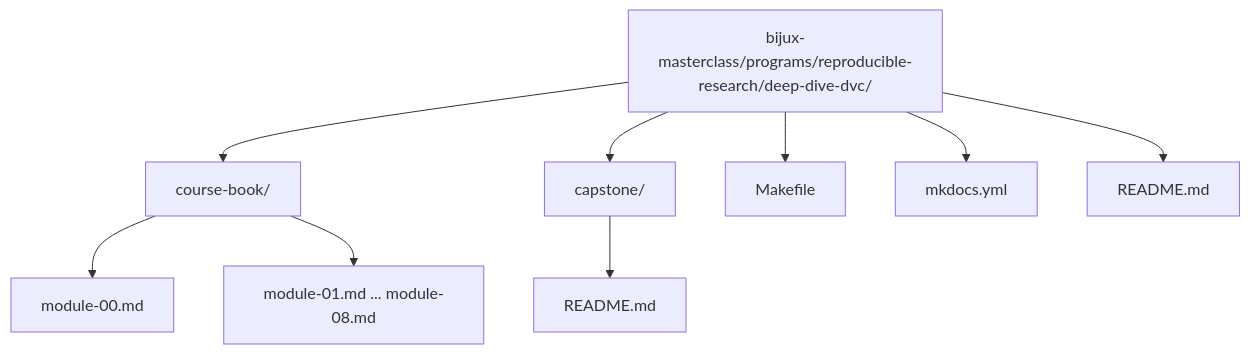
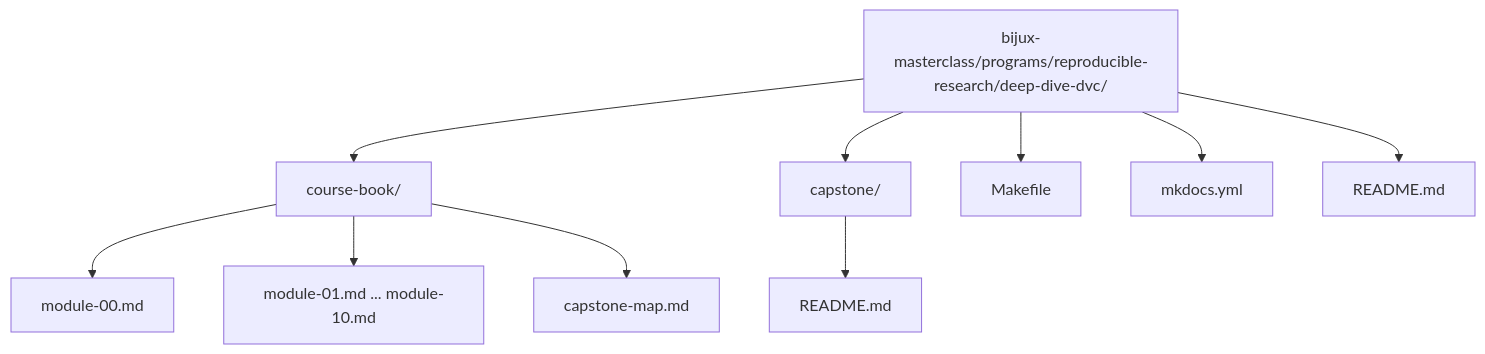
One commit to bijux/bijux-masterclass changed the diagram in programs/reproducible-research/deep-dive-dvc/course-book/index.md. Above: the diagram before and after it, drawn with Mermaid. The commit also changed other lines of this file and 4 other files, not shown here.

Commit message:
docs(course-book): add a guided capstone map for deep dive dvc

````diff
--- a/programs/reproducible-research/deep-dive-dvc/course-book/index.md
+++ b/programs/reproducible-research/deep-dive-dvc/course-book/index.md
@@ -71,12 +72,13 @@
 ```mermaid
 graph TD
   root["bijux-masterclass/programs/reproducible-research/deep-dive-dvc/"]
   root --> book["course-book/"]
   root --> capstone["capstone/"]
   root --> makefile["Makefile"]
   root --> mkdocs["mkdocs.yml"]
   root --> readme["README.md"]
   book --> orientation["module-00.md"]
-  book --> modules["module-01.md ... module-08.md"]
+  book --> modules["module-01.md ... module-10.md"]
+  book --> capmap["capstone-map.md"]
   capstone --> capreadme["README.md"]
 ```
````
